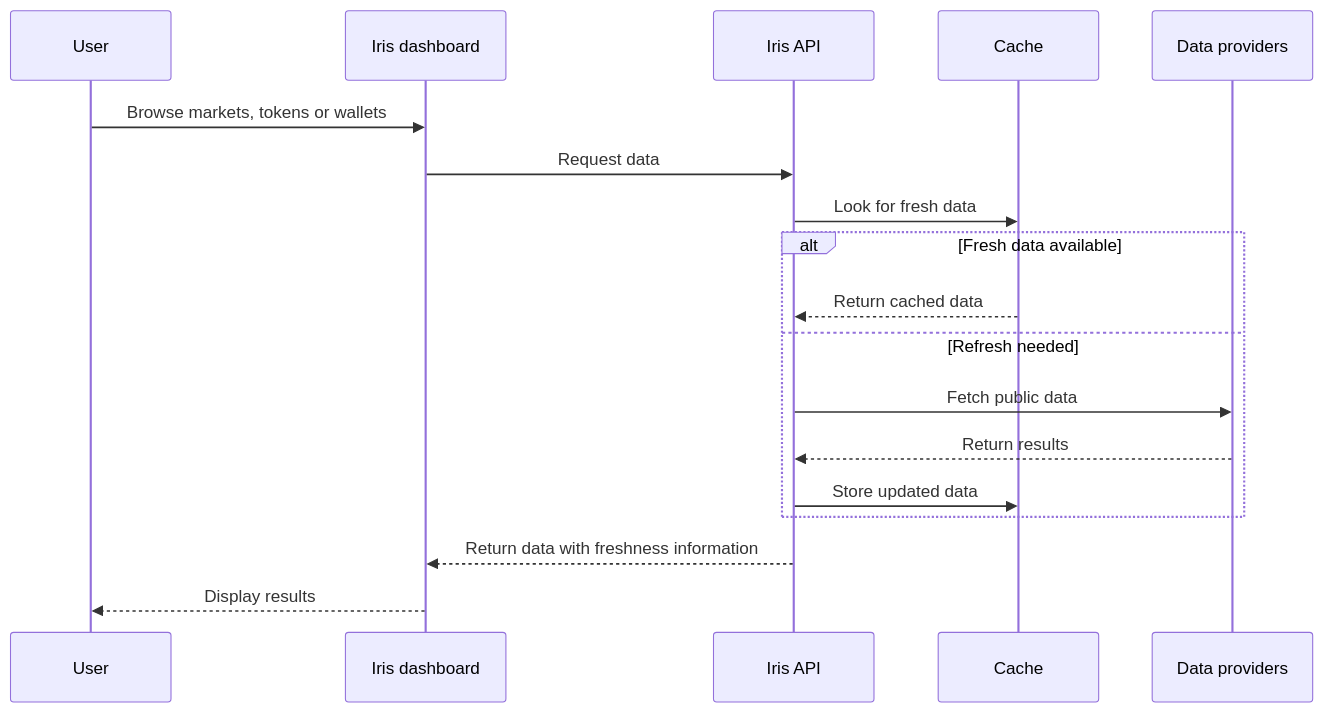
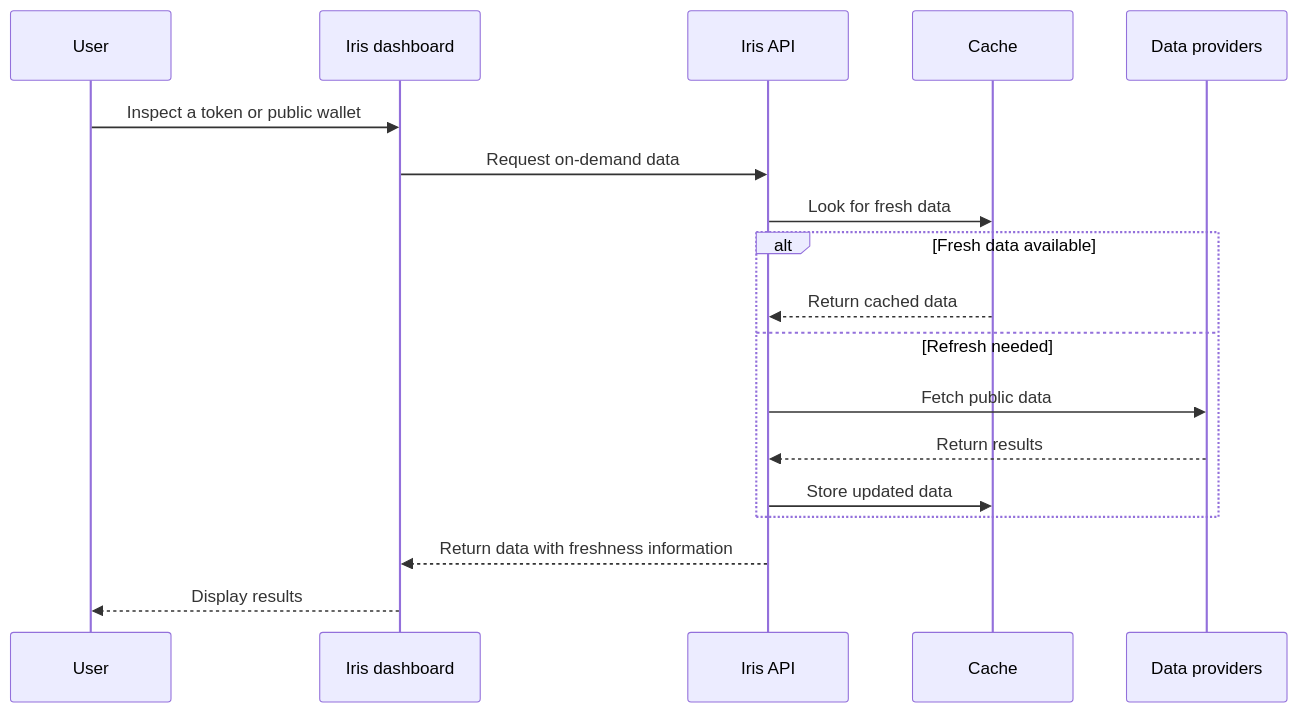
The diagram in README.md (benhammoush/iris-backend), drawn with Mermaid before and after one commit.

Commit message:
docs: scope the diagram to on-demand reads

````diff
--- a/README.md
+++ b/README.md
@@ -19,21 +19,21 @@
 ```mermaid
 sequenceDiagram
     participant User
     participant Dashboard as Iris dashboard
     participant API as Iris API
     participant Cache
     participant Providers as Data providers
 
-    User->>Dashboard: Browse markets, tokens or wallets
-    Dashboard->>API: Request data
+    User->>Dashboard: Inspect a token or public wallet
+    Dashboard->>API: Request on-demand data
     API->>Cache: Look for fresh data
     alt Fresh data available
         Cache-->>API: Return cached data
     else Refresh needed
         API->>Providers: Fetch public data
         Providers-->>API: Return results
         API->>Cache: Store updated data
     end
     API-->>Dashboard: Return data with freshness information
     Dashboard-->>User: Display results
 ```
````
